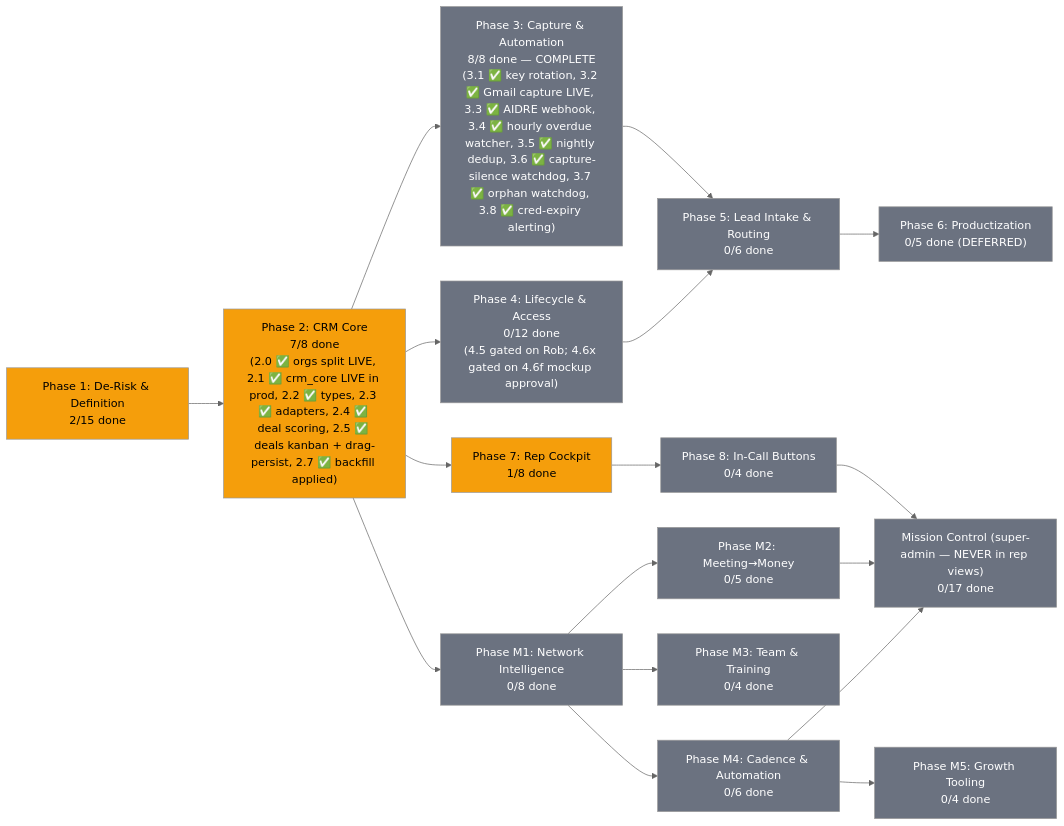
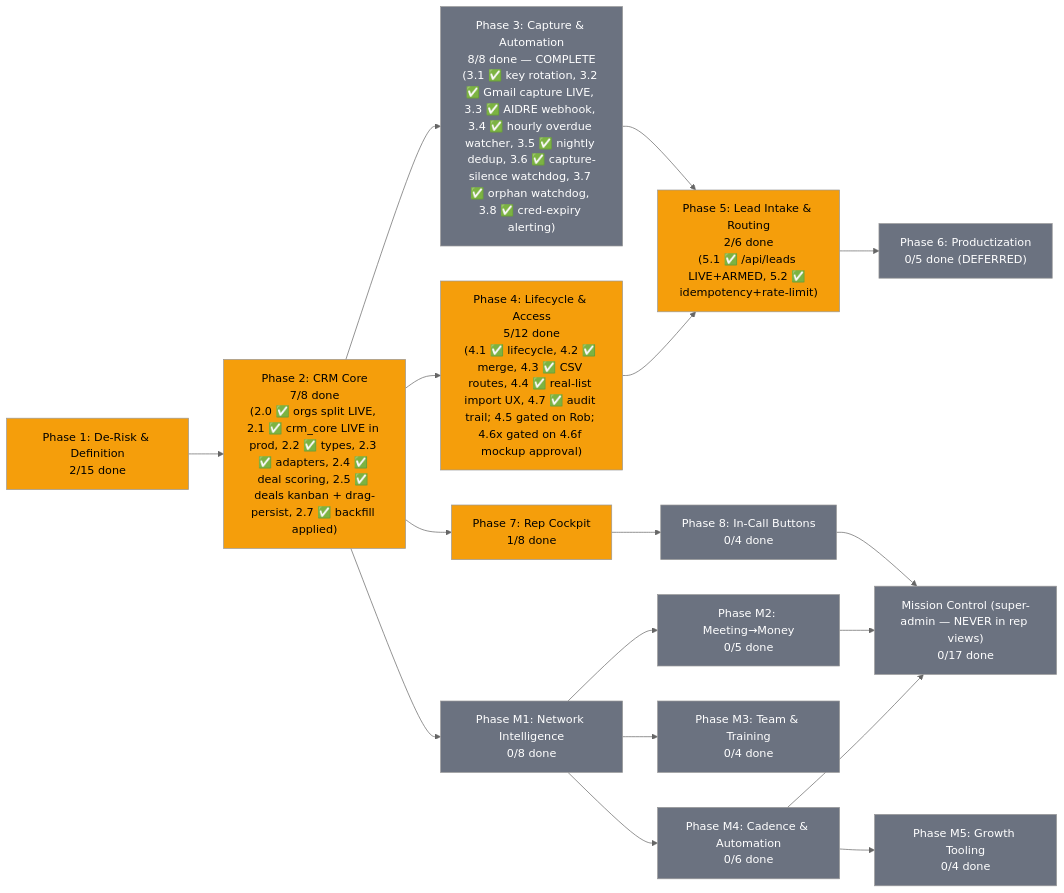
Before and after one commit to blacklabelbob/mle-rob-dashboard: the diagram in docs/plans/PRD-mle-crm.md, drawn with Mermaid (neutral theme). The commit also changed other lines of this file and 6 other files, not shown here.

````diff
--- a/docs/plans/PRD-mle-crm.md
+++ b/docs/plans/PRD-mle-crm.md
@@ -24,34 +24,34 @@
 ```mermaid
 flowchart LR
     P1["Phase 1: De-Risk & Definition<br/>2/15 done"] --> P2["Phase 2: CRM Core<br/>7/8 done<br/>(2.0 ✅ orgs split LIVE, 2.1 ✅ crm_core LIVE in prod, 2.2 ✅ types, 2.3 ✅ adapters, 2.4 ✅ deal scoring, 2.5 ✅ deals kanban + drag-persist, 2.7 ✅ backfill applied)"]
     P2 --> P3["Phase 3: Capture & Automation<br/>8/8 done — COMPLETE<br/>(3.1 ✅ key rotation, 3.2 ✅ Gmail capture LIVE, 3.3 ✅ AIDRE webhook, 3.4 ✅ hourly overdue watcher, 3.5 ✅ nightly dedup, 3.6 ✅ capture-silence watchdog, 3.7 ✅ orphan watchdog, 3.8 ✅ cred-expiry alerting)"]
-    P2 --> P4["Phase 4: Lifecycle & Access<br/>0/12 done<br/>(4.5 gated on Rob; 4.6x gated on 4.6f mockup approval)"]
+    P2 --> P4["Phase 4: Lifecycle & Access<br/>5/12 done<br/>(4.1 ✅ lifecycle, 4.2 ✅ merge, 4.3 ✅ CSV routes, 4.4 ✅ real-list import UX, 4.7 ✅ audit trail; 4.5 gated on Rob; 4.6x gated on 4.6f mockup approval)"]
     P2 --> P7["Phase 7: Rep Cockpit<br/>1/8 done"]
     P7 --> P8["Phase 8: In-Call Buttons<br/>0/4 done"]
-    P3 --> P5["Phase 5: Lead Intake & Routing<br/>0/6 done"]
+    P3 --> P5["Phase 5: Lead Intake & Routing<br/>2/6 done<br/>(5.1 ✅ /api/leads LIVE+ARMED, 5.2 ✅ idempotency+rate-limit)"]
     P4 --> P5
     P5 --> P6["Phase 6: Productization<br/>0/5 done (DEFERRED)"]
     P2 --> M1["Phase M1: Network Intelligence<br/>0/8 done"]
     M1 --> M2["Phase M2: Meeting→Money<br/>0/5 done"]
     M1 --> M3["Phase M3: Team & Training<br/>0/4 done"]
     M1 --> M4["Phase M4: Cadence & Automation<br/>0/6 done"]
     M4 --> M5["Phase M5: Growth Tooling<br/>0/4 done"]
     P8 --> MC["Mission Control (super-admin — NEVER in rep views)<br/>0/17 done"]
     M2 --> MC
     M4 --> MC
 
     style P1 fill:#f59e0b,color:#000
     style P2 fill:#f59e0b,color:#000
     style P3 fill:#6b7280,color:#fff
-    style P4 fill:#6b7280,color:#fff
-    style P5 fill:#6b7280,color:#fff
+    style P4 fill:#f59e0b,color:#000
+    style P5 fill:#f59e0b,color:#000
     style P6 fill:#6b7280,color:#fff
     style P7 fill:#f59e0b,color:#000
     style P8 fill:#6b7280,color:#fff
     style M1 fill:#6b7280,color:#fff
     style M2 fill:#6b7280,color:#fff
     style M3 fill:#6b7280,color:#fff
     style M4 fill:#6b7280,color:#fff
     style M5 fill:#6b7280,color:#fff
     style MC fill:#6b7280,color:#fff
 ```
````
